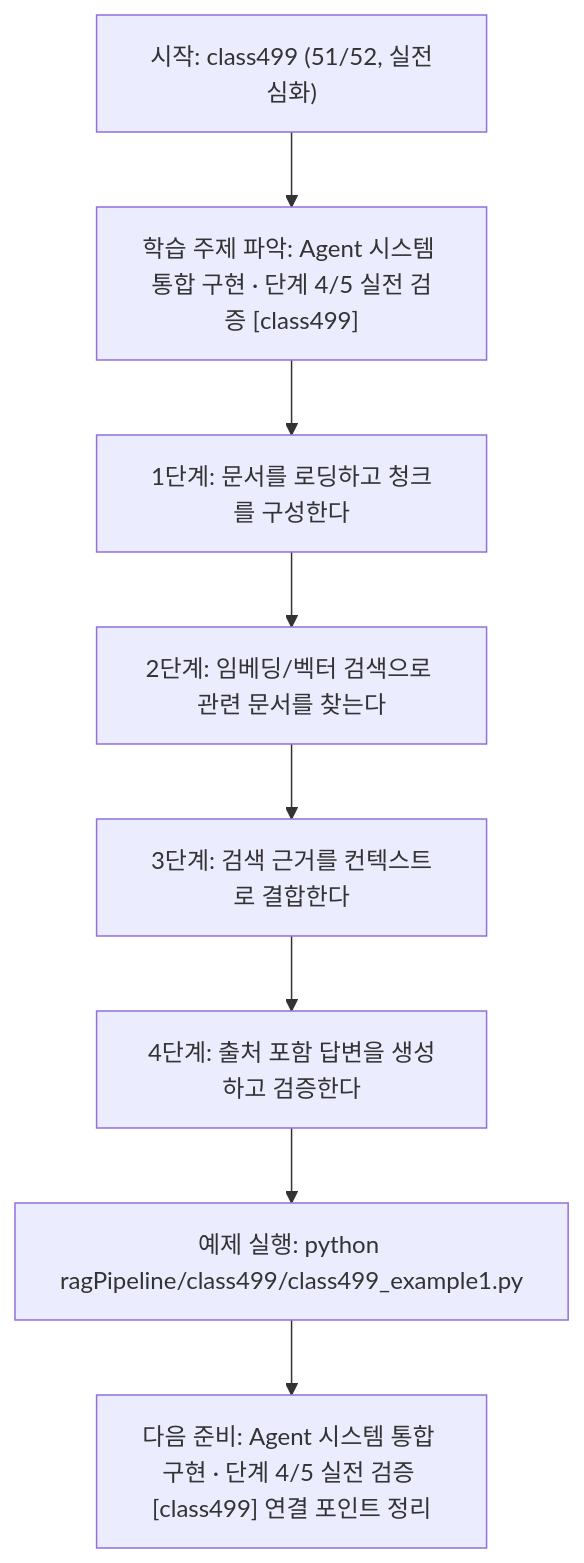
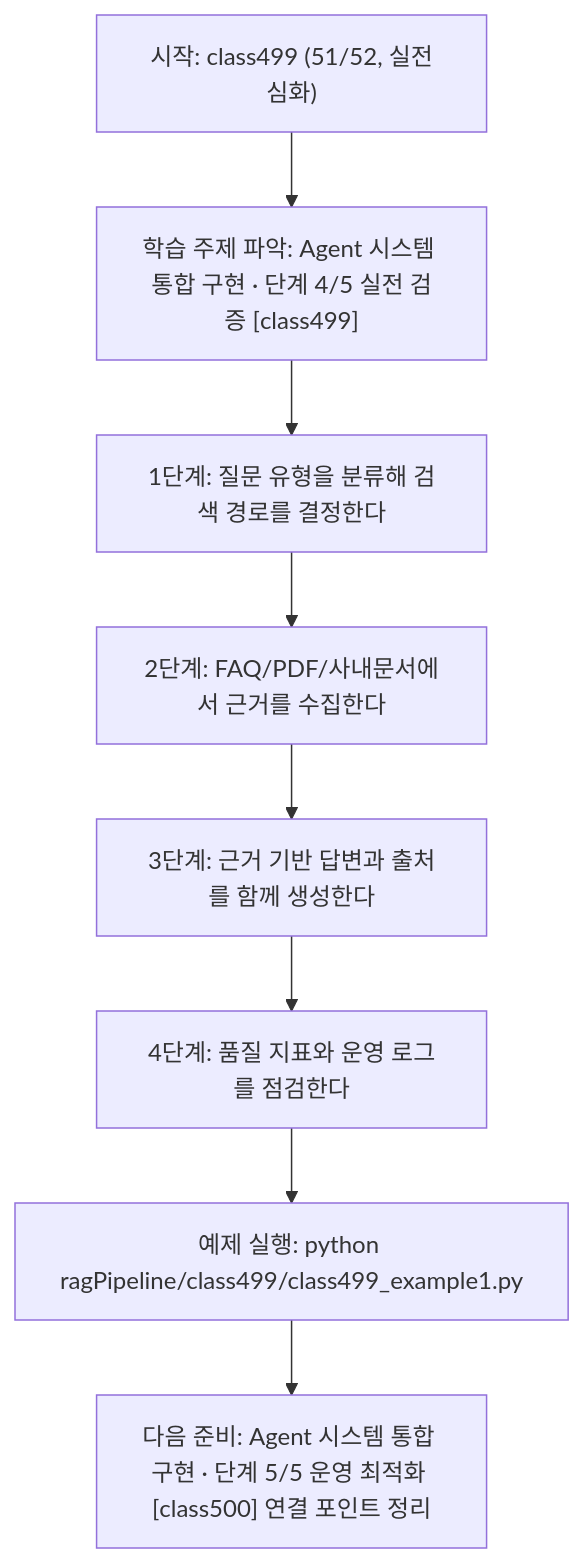
Before and after one commit to edumgt/Python-AI_Agent-Class: the diagram in ragPipeline/class499/class499.md, drawn with Mermaid. The commit also changed other lines of this file and 367 other files, not shown here.

````diff
--- a/ragPipeline/class499/class499.md
+++ b/ragPipeline/class499/class499.md
@@ -112,18 +92,18 @@
 ```mermaid
 flowchart TD
 N1["시작: class499 (51/52, 실전심화)"]
 N2["학습 주제 파악: Agent 시스템 통합 구현 · 단계 4/5 실전 검증 [class499]"]
-N3["1단계: 문서를 로딩하고 청크를 구성한다"]
-N4["2단계: 임베딩/벡터 검색으로 관련 문서를 찾는다"]
-N5["3단계: 검색 근거를 컨텍스트로 결합한다"]
-N6["4단계: 출처 포함 답변을 생성하고 검증한다"]
+N3["1단계: 질문 유형을 분류해 검색 경로를 결정한다"]
+N4["2단계: FAQ/PDF/사내문서에서 근거를 수집한다"]
+N5["3단계: 근거 기반 답변과 출처를 함께 생성한다"]
+N6["4단계: 품질 지표와 운영 로그를 점검한다"]
 N7["예제 실행: python ragPipeline/class499/class499_example1.py"]
-N8["다음 준비: Agent 시스템 통합 구현 · 단계 4/5 실전 검증 [class499] 연결 포인트 정리"]
+N8["다음 준비: Agent 시스템 통합 구현 · 단계 5/5 운영 최적화 [class500] 연결 포인트 정리"]
 N1 --> N2
 N2 --> N3
 N3 --> N4
 N4 --> N5
 N5 --> N6
 N6 --> N7
 N7 --> N8
 ```
````
